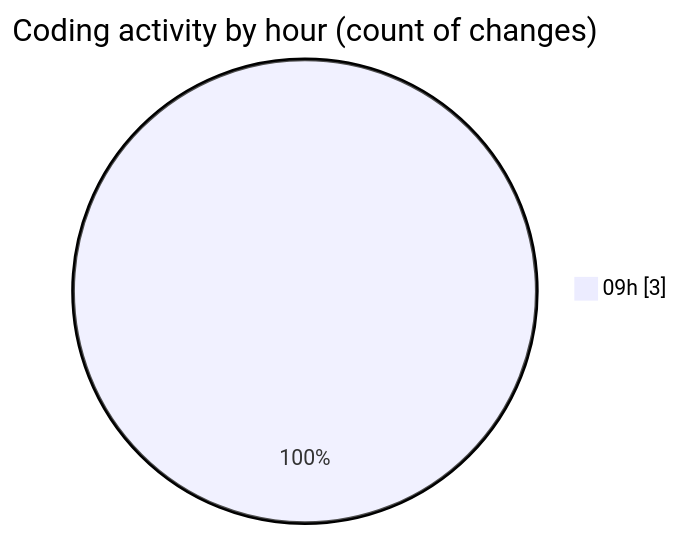
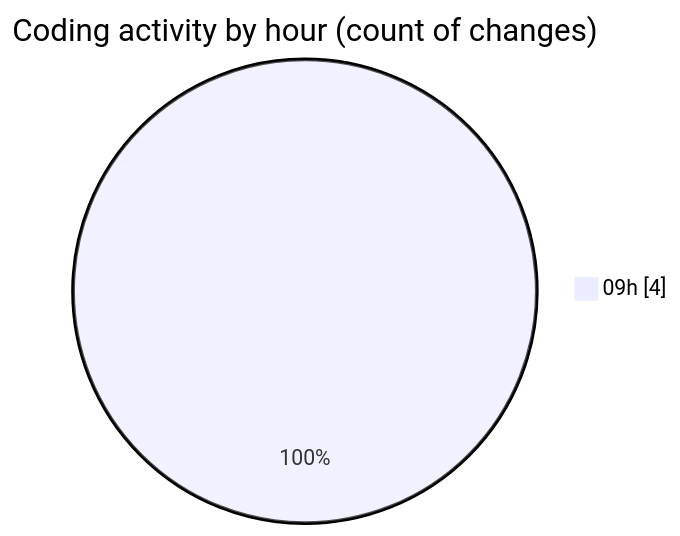
One commit to charlie-sans/code-tracking changed the second of 2 diagrams in 2025-04-29/wake-lang/README.md. Above: the diagram before and after it, drawn with Mermaid. The commit also changed other lines of this file and 1 other file, not shown here.

````diff
--- a/2025-04-29/wake-lang/README.md
+++ b/2025-04-29/wake-lang/README.md
@@ -31,5 +33,5 @@
 ```mermaid
 pie showData
 title Coding activity by hour (count of changes)
-"09h" : 3
+"09h" : 4
 ```
````
